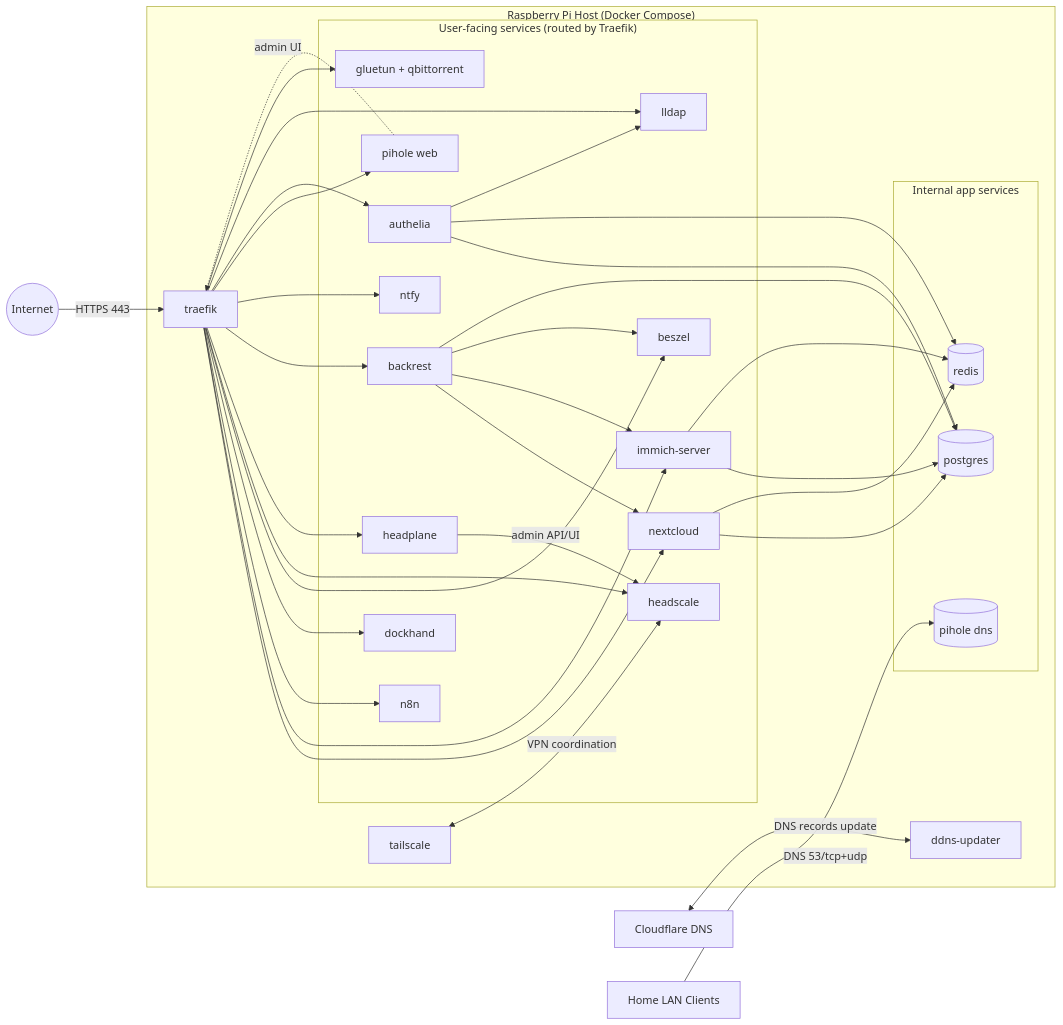
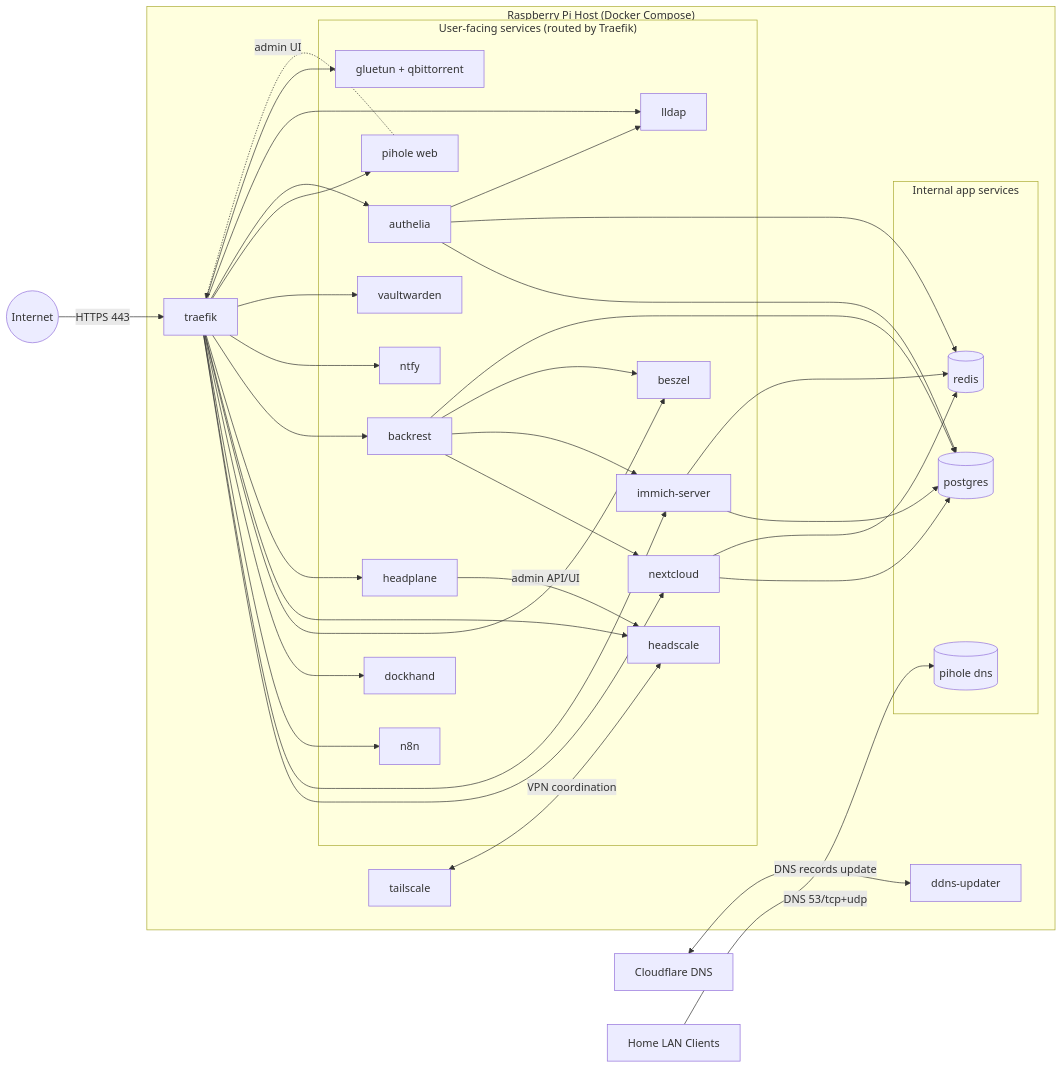
The first of 3 diagrams in docs/ARCHITECTURE.md (florianajir/pi-web), drawn with Mermaid before and after one commit. The commit also changed other lines of this file and 3 other files, not shown here.

````diff
--- a/docs/ARCHITECTURE.md
+++ b/docs/ARCHITECTURE.md
@@ -5,68 +5,70 @@
 ```mermaid
 flowchart LR
   Internet((Internet))
   Cloudflare[Cloudflare DNS]
   LAN[Home LAN Clients]
 
   subgraph Pi["Raspberry Pi Host (Docker Compose)"]
     DDNS[ddns-updater]
     Traefik[traefik]
     Tailscale[tailscale]
 
     subgraph Apps["User-facing services (routed by Traefik)"]
       Nextcloud[nextcloud]
       Immich[immich-server]
       N8N[n8n]
       Dockhand[dockhand]
       Beszel[beszel]
       Headscale[headscale]
       Headplane[headplane]
       Backrest[backrest]
       Ntfy[ntfy]
+      Vaultwarden[vaultwarden]
       PiholeWeb[pihole web]
       Authelia[authelia]
       Lldap[lldap]
       Gluetun[gluetun + qbittorrent]
     end
 
     subgraph Internal["Internal app services"]
       Postgres[(postgres)]
       Redis[(redis)]
       PiholeDNS[(pihole dns)]
     end
   end
 
   Internet -->|HTTPS 443| Traefik
   Cloudflare <-->|DNS records update| DDNS
   Traefik --> Nextcloud
   Traefik --> Immich
   Traefik --> N8N
   Traefik --> Dockhand
   Traefik --> Beszel
   Traefik --> Headscale
   Traefik --> Headplane
   Traefik --> Backrest
   Traefik --> Ntfy
+  Traefik --> Vaultwarden
   Traefik --> PiholeWeb
   Traefik --> Authelia
   Traefik --> Lldap
   Traefik --> Gluetun
 
   Nextcloud --> Postgres
   Nextcloud --> Redis
   Immich --> Postgres
   Immich --> Redis
   Authelia --> Postgres
   Authelia --> Redis
   Authelia --> Lldap
   Backrest --> Nextcloud
   Backrest --> Immich
   Backrest --> Beszel
   Backrest --> Postgres
 
   LAN -->|DNS 53/tcp+udp| PiholeDNS
   PiholeWeb -.admin UI.-> Traefik
 
   Tailscale <-->|VPN coordination| Headscale
   Headplane -->|admin API/UI| Headscale
 ```
````
